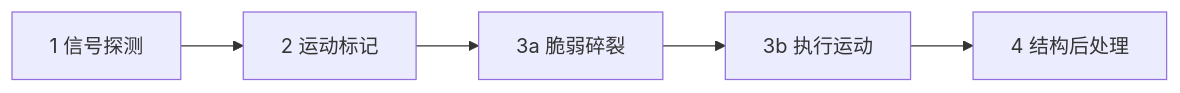
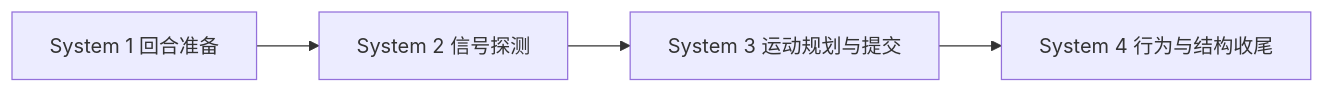
The diagram in docs/report/simulation_turn_phases.md (PlutoCRown/OpenInfiniFactory), drawn with Mermaid before and after one commit. The commit also changed other lines of this file and 131 other files, not shown here.

````diff
--- a/docs/report/simulation_turn_phases.md
+++ b/docs/report/simulation_turn_phases.md
@@ -5,7 +5,6 @@
 ```mermaid
 flowchart LR
-  S["1 信号探测"] --> M["2 运动标记"]
-  M --> F["3a 脆弱碎裂"]
-  F --> E["3b 执行运动"]
-  E --> P["4 结构后处理"]
+  P["System 1 回合准备"] --> S["System 2 信号探测"]
+  S --> M["System 3 运动规划与提交"]
+  M --> F["System 4 行为与结构收尾"]
 ```
````
